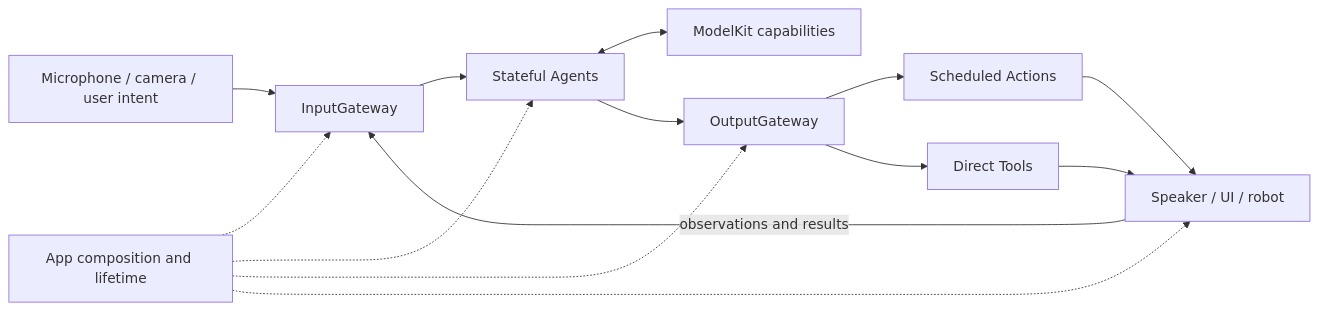
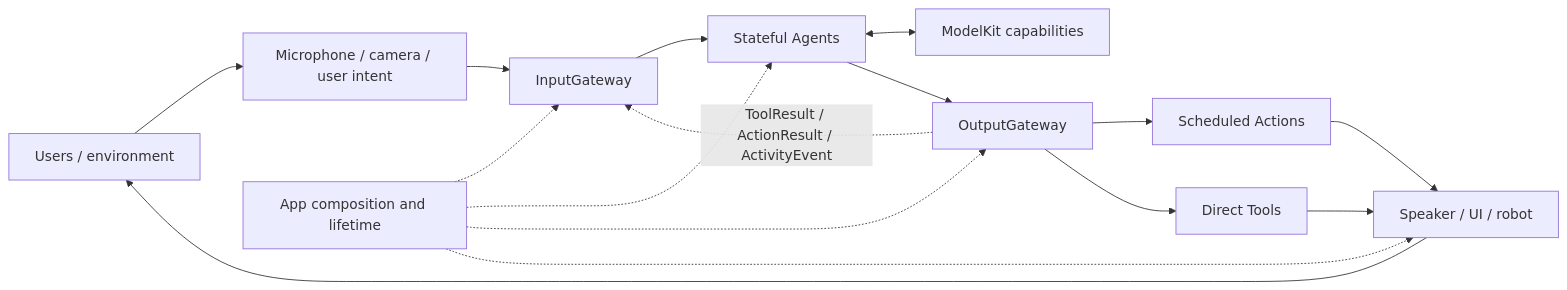
One commit to devilyouwei/MobileHarness changed the first of 13 diagrams in MobileHarness/README.md. Above: the diagram before and after it, drawn with Mermaid. The commit also changed other lines of this file, not shown here.

Commit message:
docs: correct architecture flow semantics

````diff
--- a/MobileHarness/README.md
+++ b/MobileHarness/README.md
@@ -30,16 +30,18 @@
 ```mermaid
 flowchart LR
-    Signals[Microphone / camera / user intent] --> Input[InputGateway]
+    World[Users / environment] --> Signals[Microphone / camera / user intent]
+    Signals --> Input[InputGateway]
     Input --> Agents[Stateful Agents]
     Agents <--> Models[ModelKit capabilities]
     Agents --> Output[OutputGateway]
     Output --> Actions[Scheduled Actions]
     Output --> Tools[Direct Tools]
     Actions --> Effects[Speaker / UI / robot]
     Tools --> Effects
-    Effects -->|observations and results| Input
+    Output -.->|ToolResult / ActionResult / ActivityEvent| Input
+    Effects --> World
     App[App composition and lifetime] -.-> Input
     App -.-> Agents
     App -.-> Output
     App -.-> Effects
 ```
````
